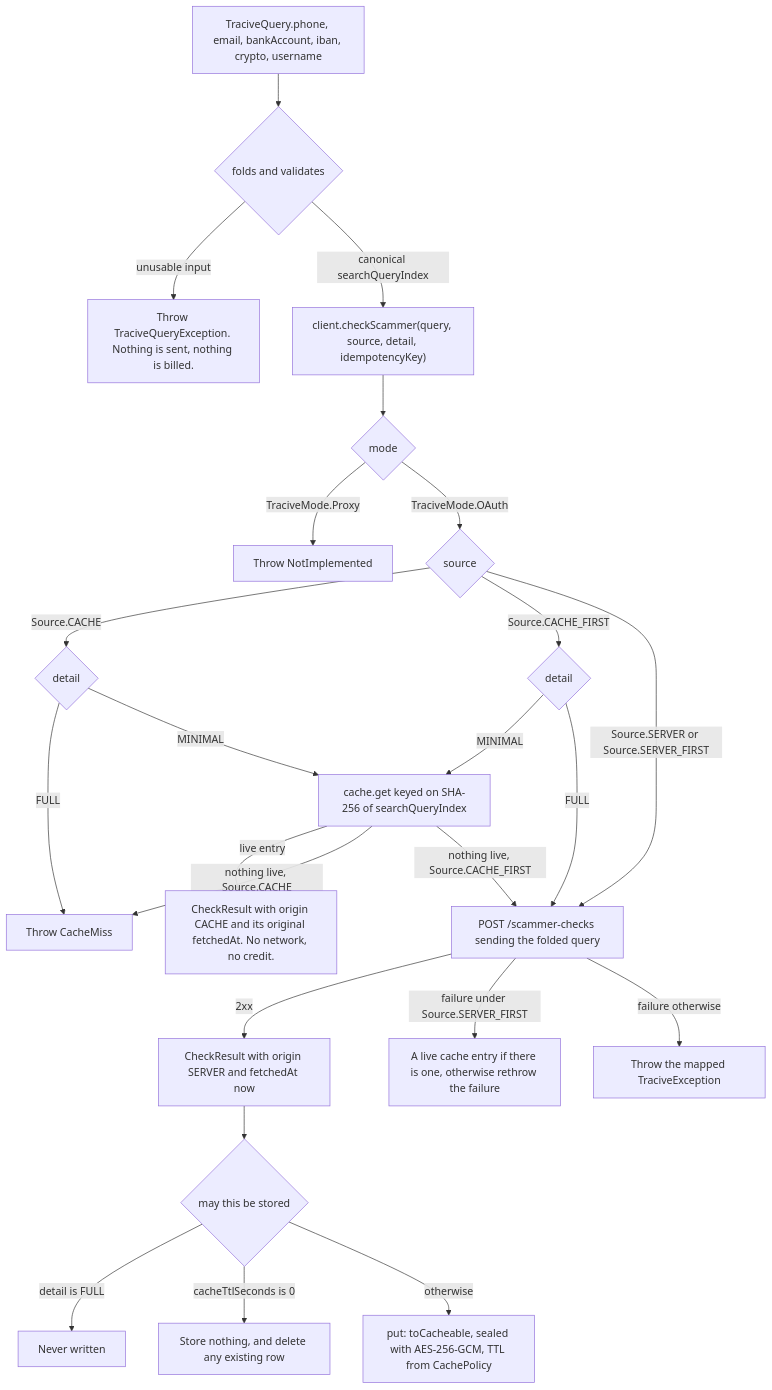
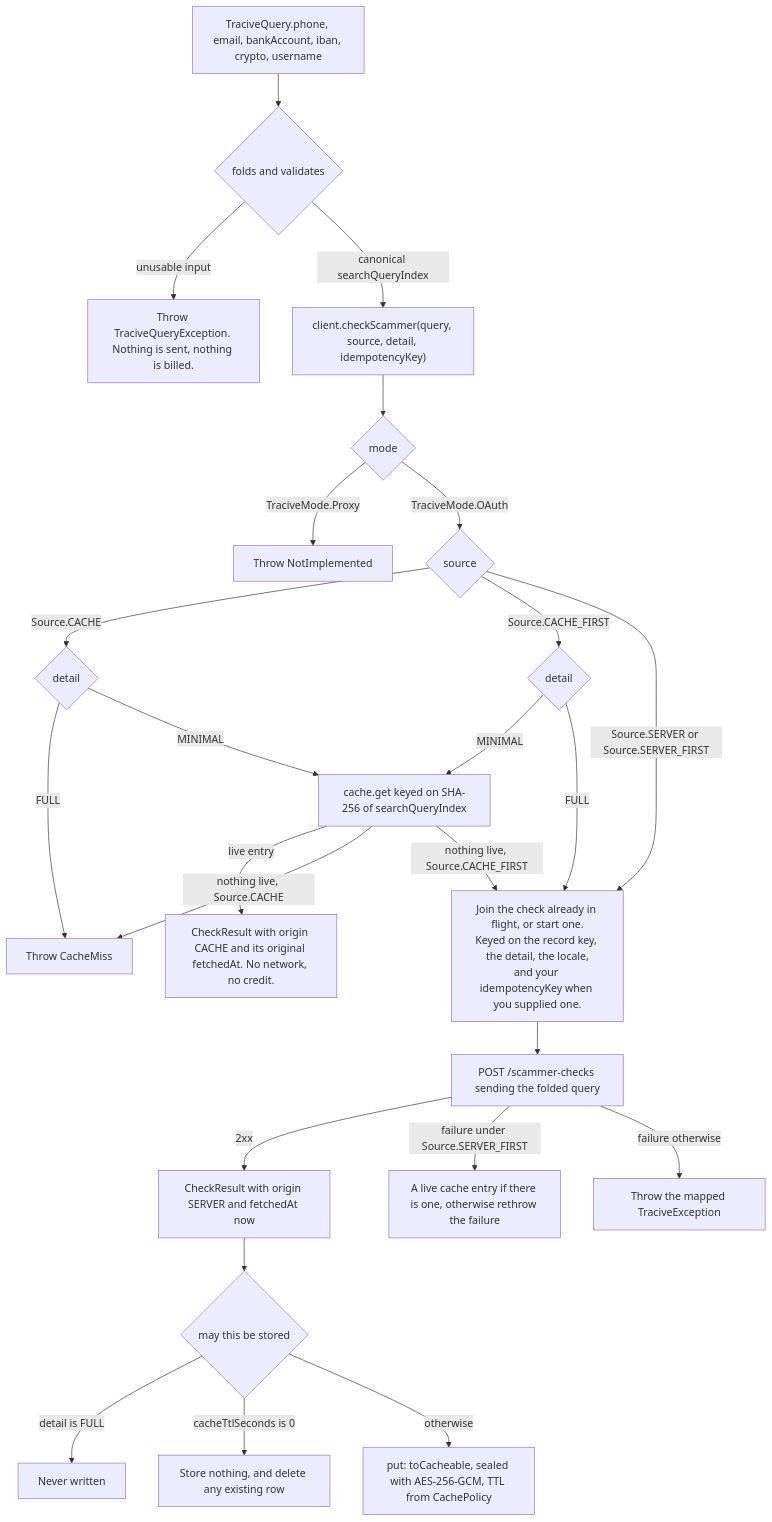
The fourth of 5 diagrams in docs/architecture.md (pleistocent/tracive-sdk-kotlin), drawn with Mermaid before and after one commit. The commit also changed other lines of this file, not shown here.

Commit message:
docs(architecture): show the check latch in diagram D
Diagram D routed straight from the source switch to the request, which left
the single-flight latch — the thing that stops a double-tapped button being
billed twice — visible only in the source. React Native's diagram already had
it.

The node sits where the latch does: in front of every network path, with the
cache write inside the flight, so a collapsed check is stored once as well as
billed once.

````diff
--- a/docs/architecture.md
+++ b/docs/architecture.md
@@ -220,26 +226,27 @@
 ```mermaid
 flowchart TD
     Build["TraciveQuery.phone, email, bankAccount, iban, crypto, username"] --> Valid{"folds and validates"}
     Valid -->|"unusable input"| Reject["Throw TraciveQueryException. Nothing is sent, nothing is billed."]
     Valid -->|"canonical searchQueryIndex"| Call["client.checkScammer(query, source, detail, idempotencyKey)"]
     Call --> Mode{"mode"}
     Mode -->|"TraciveMode.Proxy"| NotImpl["Throw NotImplemented"]
     Mode -->|"TraciveMode.OAuth"| Route{"source"}
     Route -->|"Source.CACHE"| OnlyDetail{"detail"}
     OnlyDetail -->|"FULL"| CacheMiss["Throw CacheMiss"]
     OnlyDetail -->|"MINIMAL"| Read["cache.get keyed on SHA-256 of searchQueryIndex"]
     Route -->|"Source.CACHE_FIRST"| FirstDetail{"detail"}
     FirstDetail -->|"MINIMAL"| Read
-    FirstDetail -->|"FULL"| Net["POST /scammer-checks sending the folded query"]
-    Route -->|"Source.SERVER or Source.SERVER_FIRST"| Net
+    FirstDetail -->|"FULL"| Latch["Join the check already in flight, or start one.<br/>Keyed on the record key, the detail, the locale,<br/>and your idempotencyKey when you supplied one."]
+    Route -->|"Source.SERVER or Source.SERVER_FIRST"| Latch
+    Latch --> Net["POST /scammer-checks sending the folded query"]
     Read -->|"live entry"| Hit["CheckResult with origin CACHE and its original fetchedAt. No network, no credit."]
     Read -->|"nothing live, Source.CACHE"| CacheMiss
-    Read -->|"nothing live, Source.CACHE_FIRST"| Net
+    Read -->|"nothing live, Source.CACHE_FIRST"| Latch
     Net -->|"2xx"| Fresh["CheckResult with origin SERVER and fetchedAt now"]
     Net -->|"failure under Source.SERVER_FIRST"| Fallback["A live cache entry if there is one, otherwise rethrow the failure"]
     Net -->|"failure otherwise"| Fail["Throw the mapped TraciveException"]
     Fresh --> Store{"may this be stored"}
     Store -->|"detail is FULL"| NoStore["Never written"]
     Store -->|"cacheTtlSeconds is 0"| Retract["Store nothing, and delete any existing row"]
     Store -->|"otherwise"| Put["put: toCacheable, sealed with AES-256-GCM, TTL from CachePolicy"]
 ```
````
